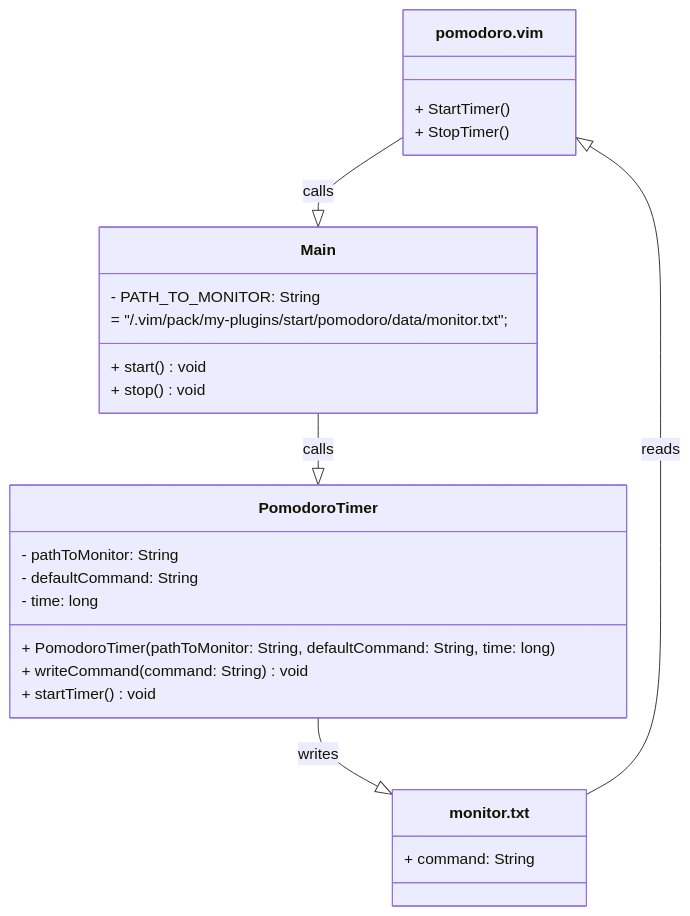
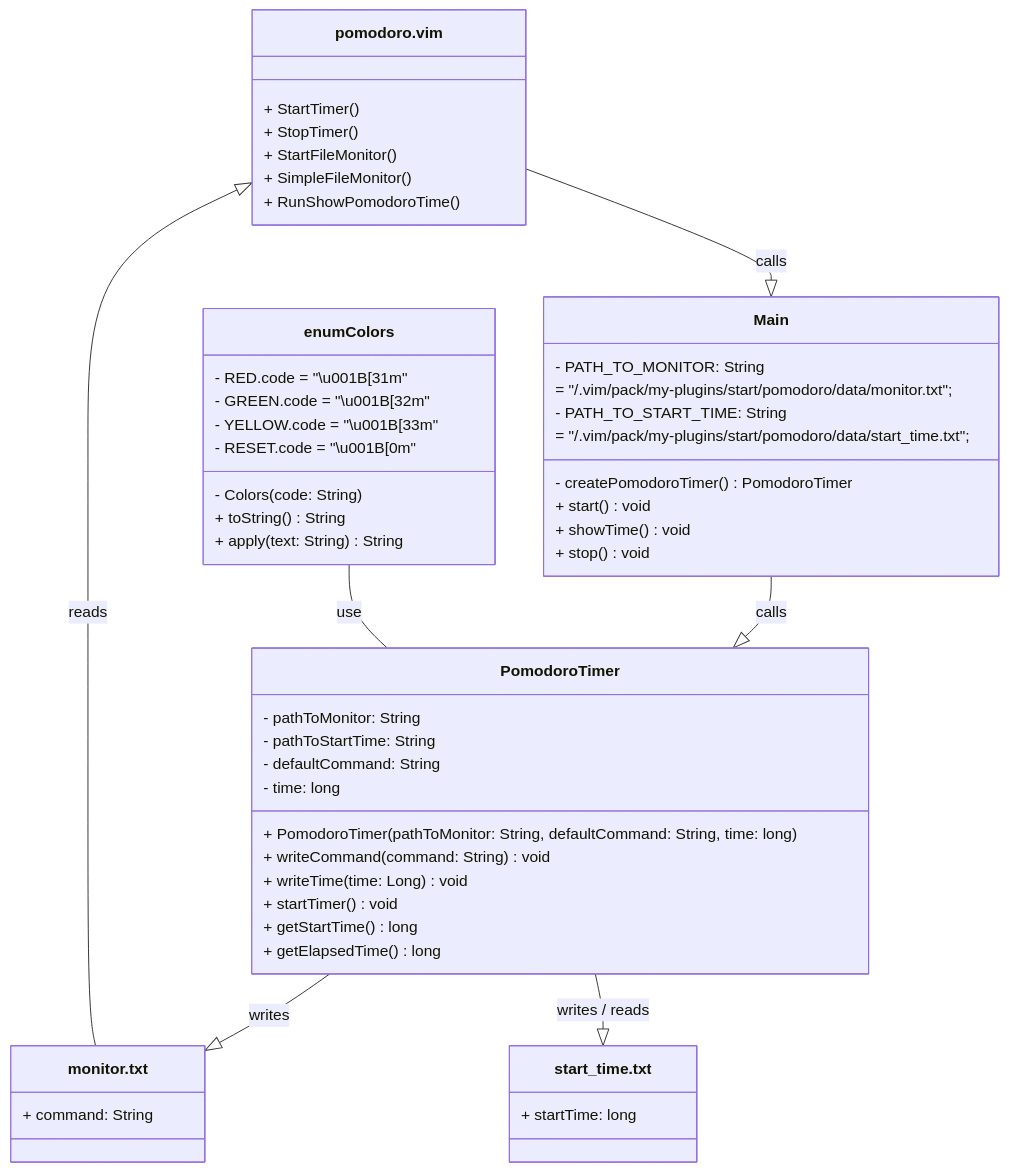
The first of 2 diagrams in pack/my-plugins/start/pomodoro/README.md (AlexandrAnatoliev/vim-config), drawn with Mermaid before and after one commit. The commit also changed other lines of this file and 7 other files, not shown here.

````diff
--- a/pack/my-plugins/start/pomodoro/README.md
+++ b/pack/my-plugins/start/pomodoro/README.md
@@ -143,33 +149,60 @@
 ```mermaid
 classDiagram
   
   class pomodoro.vim {
     + StartTimer()
     + StopTimer()
+    + StartFileMonitor()
+    + SimpleFileMonitor()
+    + RunShowPomodoroTime()
   }
 
   class Main {
     - PATH_TO_MONITOR: String
       = "/.vim/pack/my-plugins/start/pomodoro/data/monitor.txt";
+   - PATH_TO_START_TIME: String 
+      = "/.vim/pack/my-plugins/start/pomodoro/data/start_time.txt";
+    - createPomodoroTimer() PomodoroTimer  
     + start() void
+    + showTime() void
     + stop() void
+  }
+
+  class enum Colors {
+    - RED.code = "\u001B[31m"
+    - GREEN.code = "\u001B[32m"
+    - YELLOW.code = "\u001B[33m"
+    - RESET.code = "\u001B[0m"
+    - Colors(code: String)
+    + toString() String
+    + apply(text: String) String
   }
 
   class PomodoroTimer {
     - pathToMonitor: String
+    - pathToStartTime: String
     - defaultCommand: String
     - time: long
     + PomodoroTimer(pathToMonitor: String, defaultCommand: String, time: long)
     + writeCommand(command: String) void
+    + writeTime(time: Long) void
     + startTimer() void
+    + getStartTime() long
+    + getElapsedTime() long
   }
 
   class monitor.txt {
     + command: String 
   }
 
+  class start_time.txt {
+    + startTime: long 
+  }
+
   pomodoro.vim --|> Main : calls
   Main --|> PomodoroTimer : calls
-  PomodoroTimer --|> monitor.txt : writes
+  enum Colors -- PomodoroTimer : use
+  PomodoroTimer --|> monitor.txt : writes 
+  PomodoroTimer --|> start_time.txt : writes / reads 
   pomodoro.vim <|-- monitor.txt : reads
 ```
````
